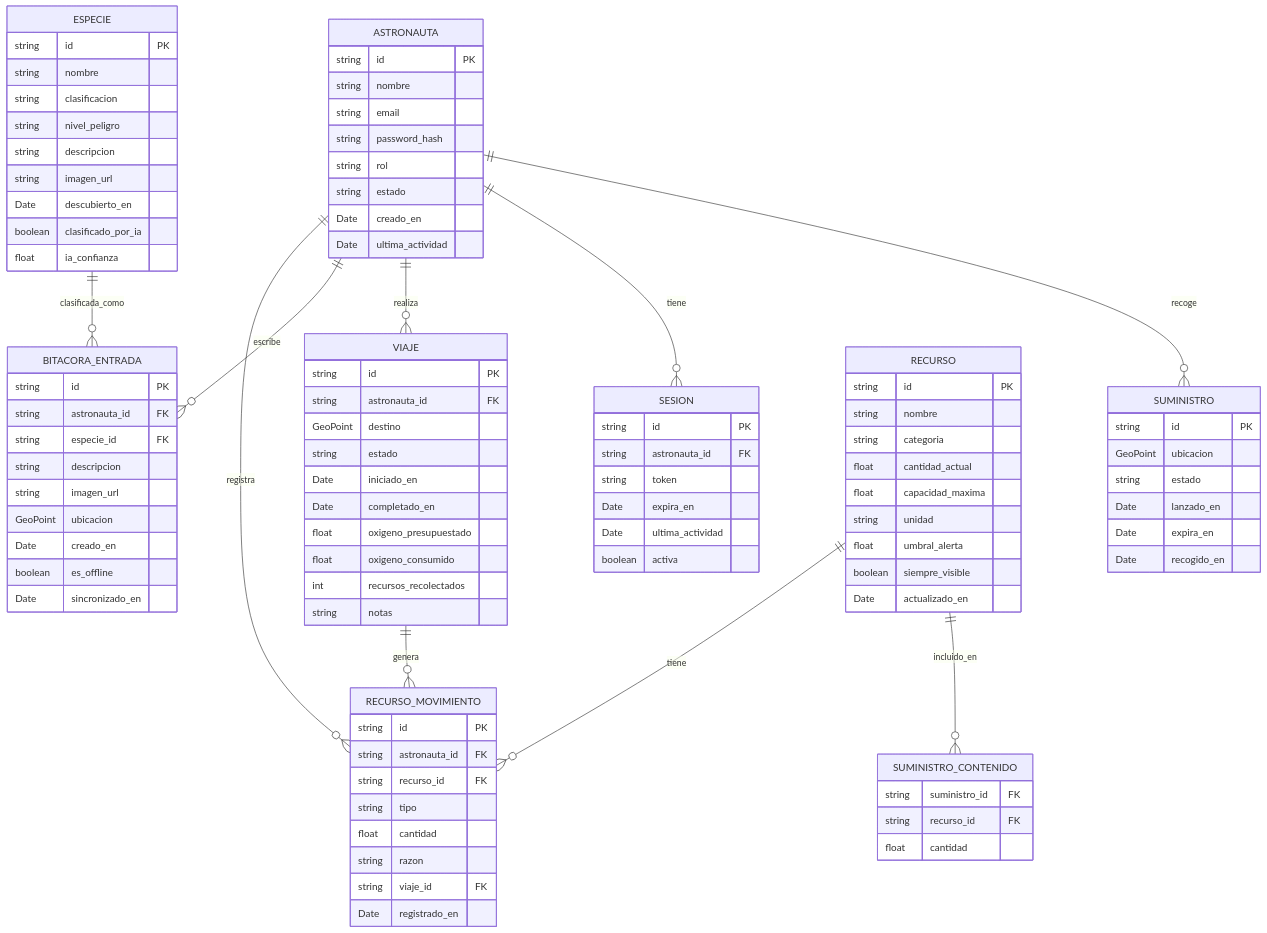
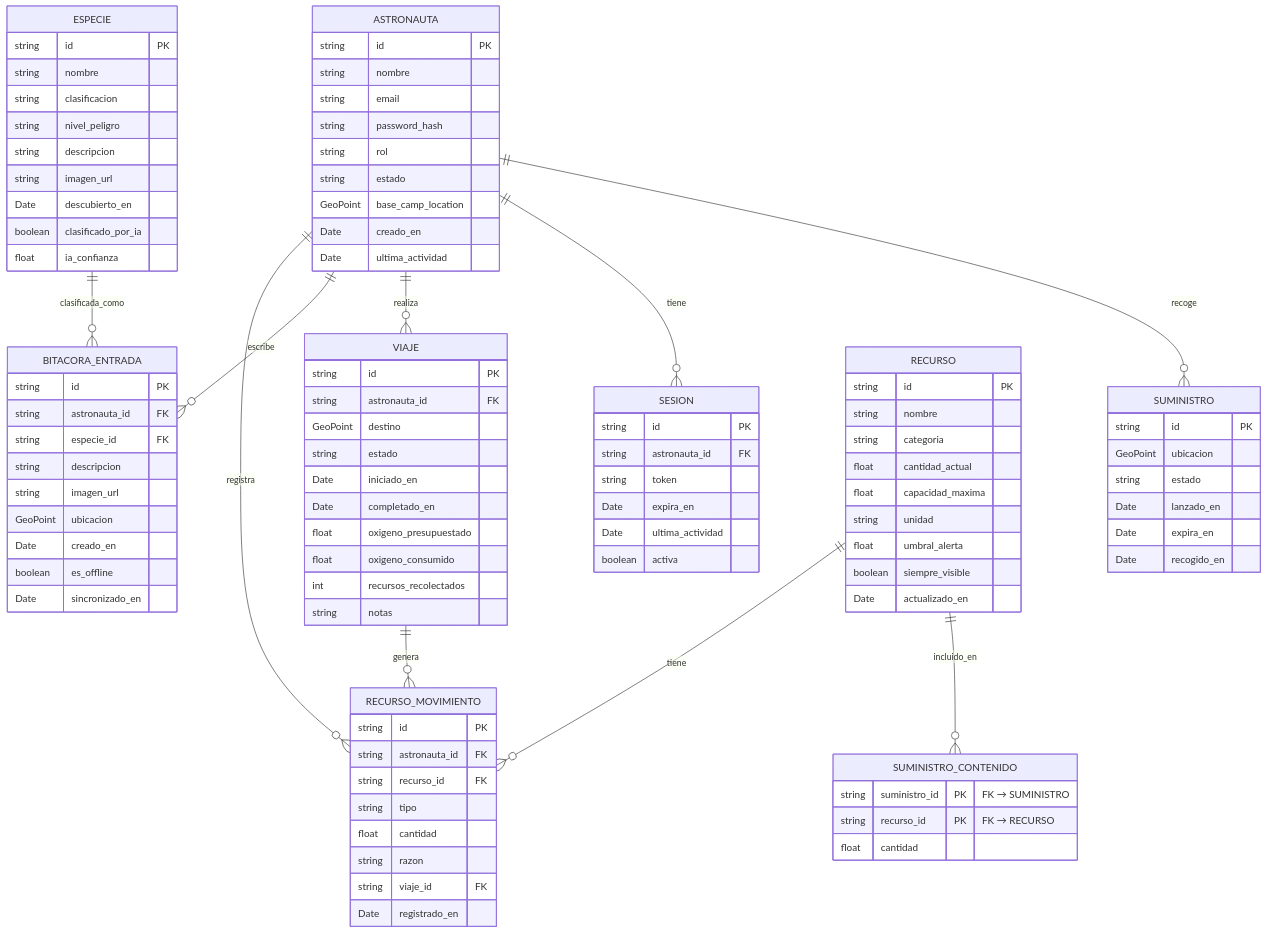
The first of 5 diagrams in docs/DATA-DESIGN.md (kfonsecah/Astro_Beacon), drawn with Mermaid before and after one commit. The commit also changed other lines of this file and 1 other file, not shown here.

Commit message:
mermaid minor fix

```diff
--- a/docs/DATA-DESIGN.md
+++ b/docs/DATA-DESIGN.md
@@ -42,6 +42,7 @@
         string password_hash
         string rol
         string estado
+        GeoPoint base_camp_location
         Date creado_en
         Date ultima_actividad
     }
@@ -116,8 +117,8 @@
     }
 
     SUMINISTRO_CONTENIDO {
-        string suministro_id FK
-        string recurso_id FK
+        string suministro_id PK "FK → SUMINISTRO"
+        string recurso_id PK "FK → RECURSO"
         float cantidad
     }
 
```
